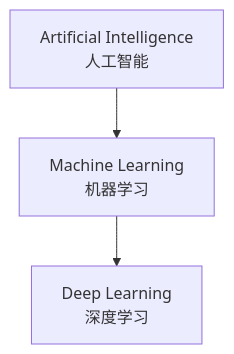
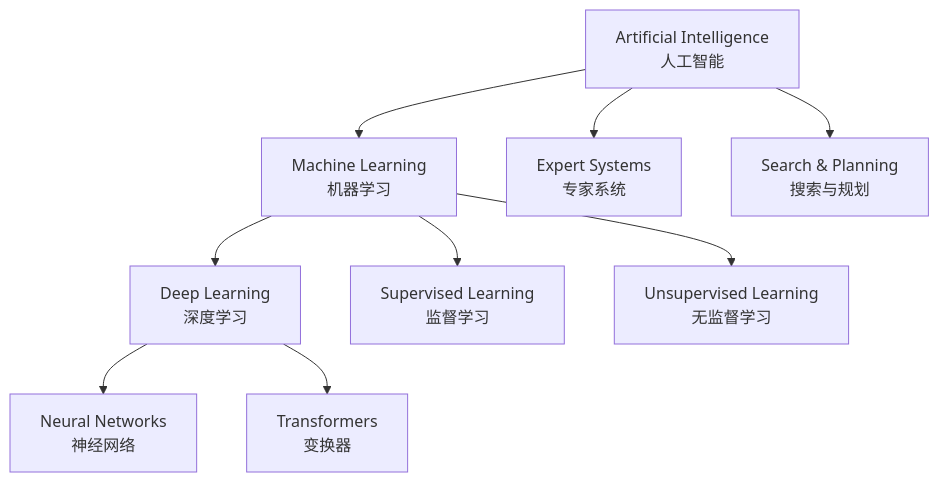
One commit to qq940500529/Artificial_Intelligence_Tutorial_CN changed the first of 2 diagrams in 00_高中复习/02_英语基础/01_技术词汇/03_人工智能英文词汇/03_人工智能英文词汇.md. Above: the diagram before and after it, drawn with Mermaid. The commit also changed other lines of this file and 4 other files, not shown here.

````diff
--- a/00_高中复习/02_英语基础/01_技术词汇/03_人工智能英文词汇/03_人工智能英文词汇.md
+++ b/00_高中复习/02_英语基础/01_技术词汇/03_人工智能英文词汇/03_人工智能英文词汇.md
@@ -56,8 +58,11 @@
 ```mermaid
 graph TB
-    AI[Artificial Intelligence<br>人工智能]
-    ML[Machine Learning<br>机器学习]
-    DL[Deep Learning<br>深度学习]
-    AI --> ML
-    ML --> DL
+    A[Artificial Intelligence<br>人工智能] --> B[Machine Learning<br>机器学习]
+    B --> C[Deep Learning<br>深度学习]
+    A --> D[Expert Systems<br>专家系统]
+    A --> E[Search & Planning<br>搜索与规划]
+    B --> F[Supervised Learning<br>监督学习]
+    B --> G[Unsupervised Learning<br>无监督学习]
+    C --> H[Neural Networks<br>神经网络]
+    C --> I[Transformers<br>变换器]
 ```
````
